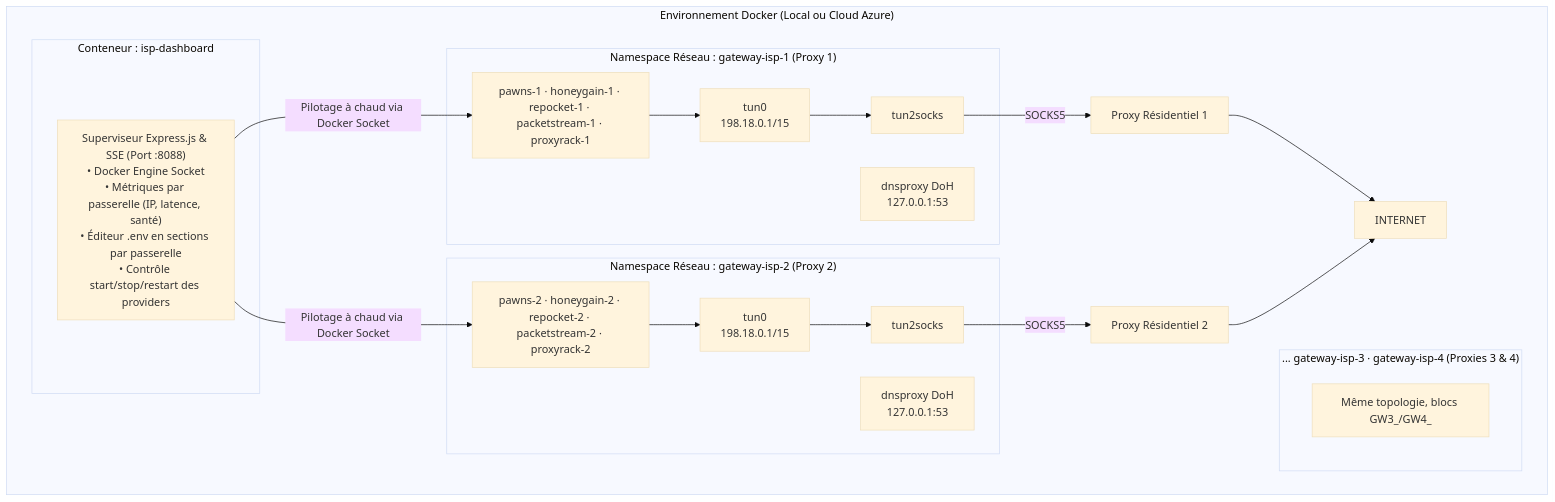
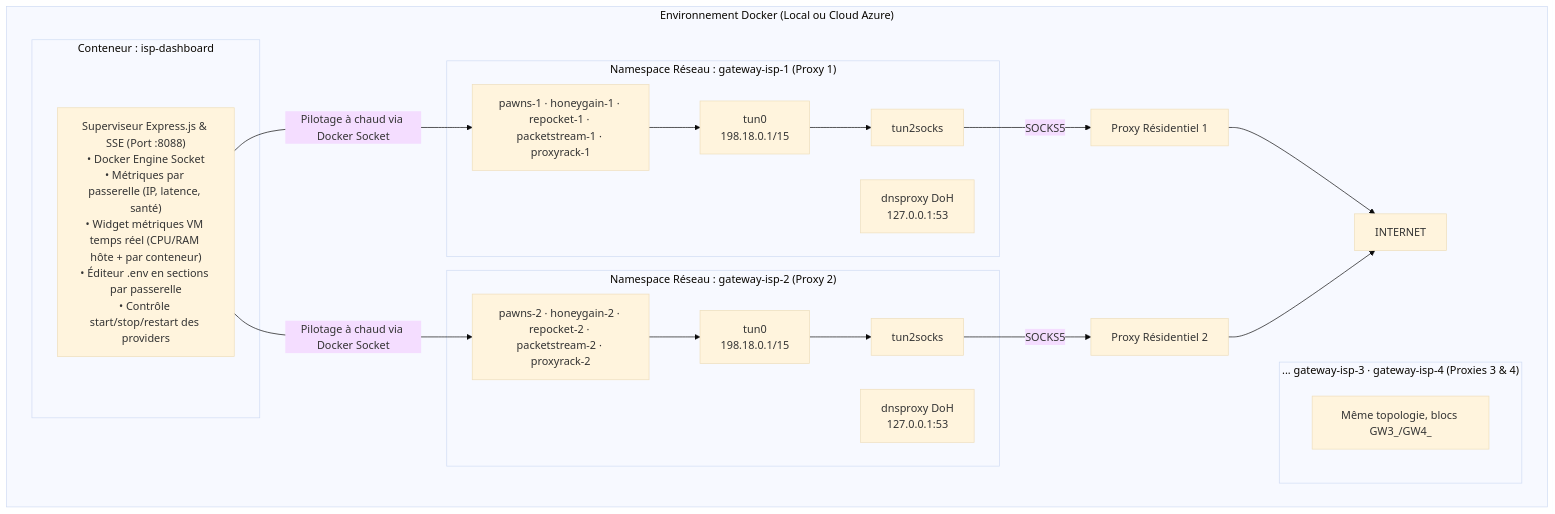
One commit to ki2pixel/proxy_docker changed the diagram in README.md. Above: the diagram before and after it, drawn with Mermaid (base theme). The commit also changed other lines of this file and 8 other files, not shown here.

````diff
--- a/README.md
+++ b/README.md
@@ -11,32 +11,32 @@
 ```mermaid
 graph TD
     subgraph Docker ["Environnement Docker (Local ou Cloud Azure)"]
         subgraph GW1 ["Namespace Réseau : gateway-isp-1 (Proxy 1)"]
             TUN1["tun0<br>198.18.0.1/15"] --> T2S1["tun2socks"]
             DOH1["dnsproxy DoH<br>127.0.0.1:53"]
             P1["pawns-1 · honeygain-1 · repocket-1 · packetstream-1 · proxyrack-1"]
         end
         subgraph GW2 ["Namespace Réseau : gateway-isp-2 (Proxy 2)"]
             TUN2["tun0<br>198.18.0.1/15"] --> T2S2["tun2socks"]
             DOH2["dnsproxy DoH<br>127.0.0.1:53"]
             P2["pawns-2 · honeygain-2 · repocket-2 · packetstream-2 · proxyrack-2"]
         end
         subgraph GW4 ["... gateway-isp-3 · gateway-isp-4 (Proxies 3 & 4)"]
             P4["Même topologie, blocs GW3_/GW4_"]
         end
 
         subgraph DashboardContainer ["Conteneur : isp-dashboard"]
-            DASH["Superviseur Express.js & SSE (Port :8088)<br>• Docker Engine Socket<br>• Métriques par passerelle (IP, latence, santé)<br>• Éditeur .env en sections par passerelle<br>• Contrôle start/stop/restart des providers"]
+            DASH["Superviseur Express.js & SSE (Port :8088)<br>• Docker Engine Socket<br>• Métriques par passerelle (IP, latence, santé)<br>• Widget métriques VM temps réel (CPU/RAM hôte + par conteneur)<br>• Éditeur .env en sections par passerelle<br>• Contrôle start/stop/restart des providers"]
         end
 
         UPSTREAM1["Proxy Résidentiel 1"] --> INTERNET
         UPSTREAM2["Proxy Résidentiel 2"] --> INTERNET
     end
 
     P1 --> TUN1
     P2 --> TUN2
     T2S1 -->|SOCKS5| UPSTREAM1
     T2S2 -->|SOCKS5| UPSTREAM2
     DASH -->|Pilotage à chaud via Docker Socket| P1
     DASH -->|Pilotage à chaud via Docker Socket| P2
 ```
````
